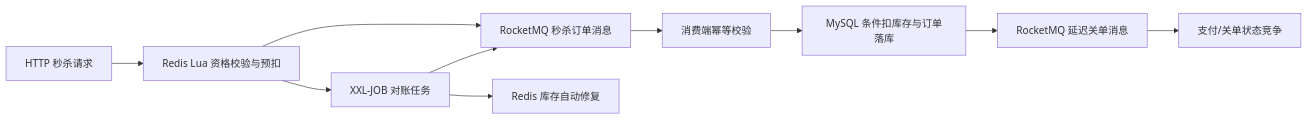
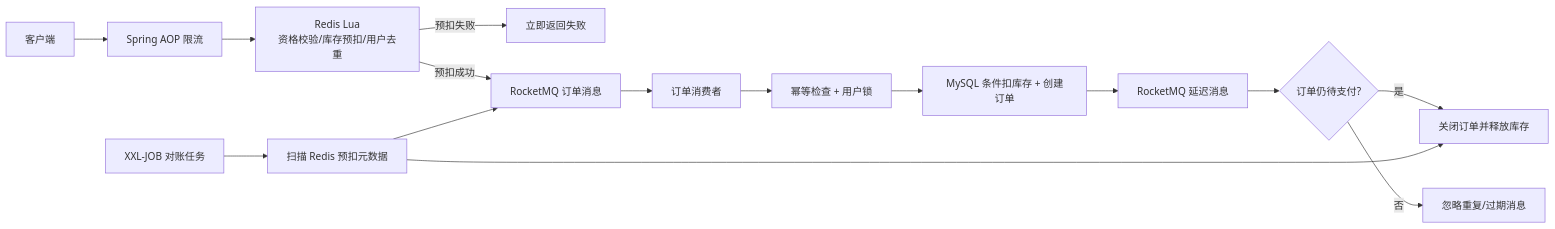
Before and after one commit to kxlnx/NearGo: the diagram in README.md, drawn with Mermaid. The commit also changed other lines of this file, not shown here.

Commit message:
docs: explain architecture decisions and interview tradeoffs

````diff
--- a/README.md
+++ b/README.md
@@ -33,12 +42,17 @@
 ```mermaid
 flowchart LR
-    A[HTTP 秒杀请求] --> B[Redis Lua 资格校验与预扣]
-    B --> C[RocketMQ 秒杀订单消息]
-    C --> D[消费端幂等校验]
-    D --> E[MySQL 条件扣库存与订单落库]
-    E --> F[RocketMQ 延迟关单消息]
-    F --> G[支付/关单状态竞争]
-    B --> H[XXL-JOB 对账任务]
-    H --> C
-    H --> I[Redis 库存自动修复]
+    A[客户端] --> B[Spring AOP 限流]
+    B --> C[Redis Lua<br/>资格校验/库存预扣/用户去重]
+    C -->|预扣失败| D[立即返回失败]
+    C -->|预扣成功| E[RocketMQ 订单消息]
+    E --> F[订单消费者]
+    F --> G[幂等检查 + 用户锁]
+    G --> H[MySQL 条件扣库存 + 创建订单]
+    H --> I[RocketMQ 延迟消息]
+    I --> J{订单仍待支付?}
+    J -->|是| K[关闭订单并释放库存]
+    J -->|否| L[忽略重复/过期消息]
+    M[XXL-JOB 对账任务] --> N[扫描 Redis 预扣元数据]
+    N --> E
+    N --> K
 ```
````
